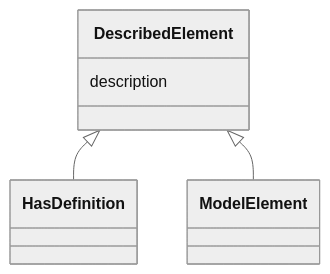
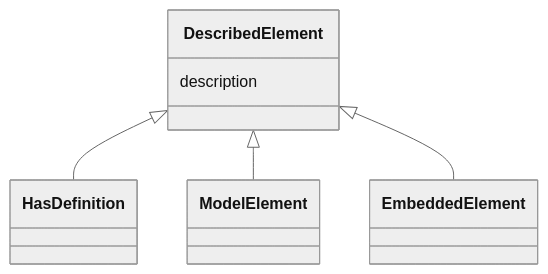
The diagram in generated/artifacts/moex-dams/0.1/diagrams/DescribedElement.md (oista/moex-data-model), drawn with Mermaid (neutral theme) before and after one commit. The commit also changed 27 other files, not shown here.

Commit message:
feat(dams): EmbeddedElement uses DescribedElement + description allowlist (PR-2)

````diff
--- a/generated/artifacts/moex-dams/0.1/diagrams/DescribedElement.md
+++ b/generated/artifacts/moex-dams/0.1/diagrams/DescribedElement.md
@@ -4,13 +4,15 @@
 ```mermaid
  classDiagram
     class DescribedElement
     click DescribedElement href "../DescribedElement"
       DescribedElement <|-- HasDefinition
         click HasDefinition href "../HasDefinition"
       DescribedElement <|-- ModelElement
         click ModelElement href "../ModelElement"
+      DescribedElement <|-- EmbeddedElement
+        click EmbeddedElement href "../EmbeddedElement"
       
       DescribedElement : description
         
       
 ```
````
